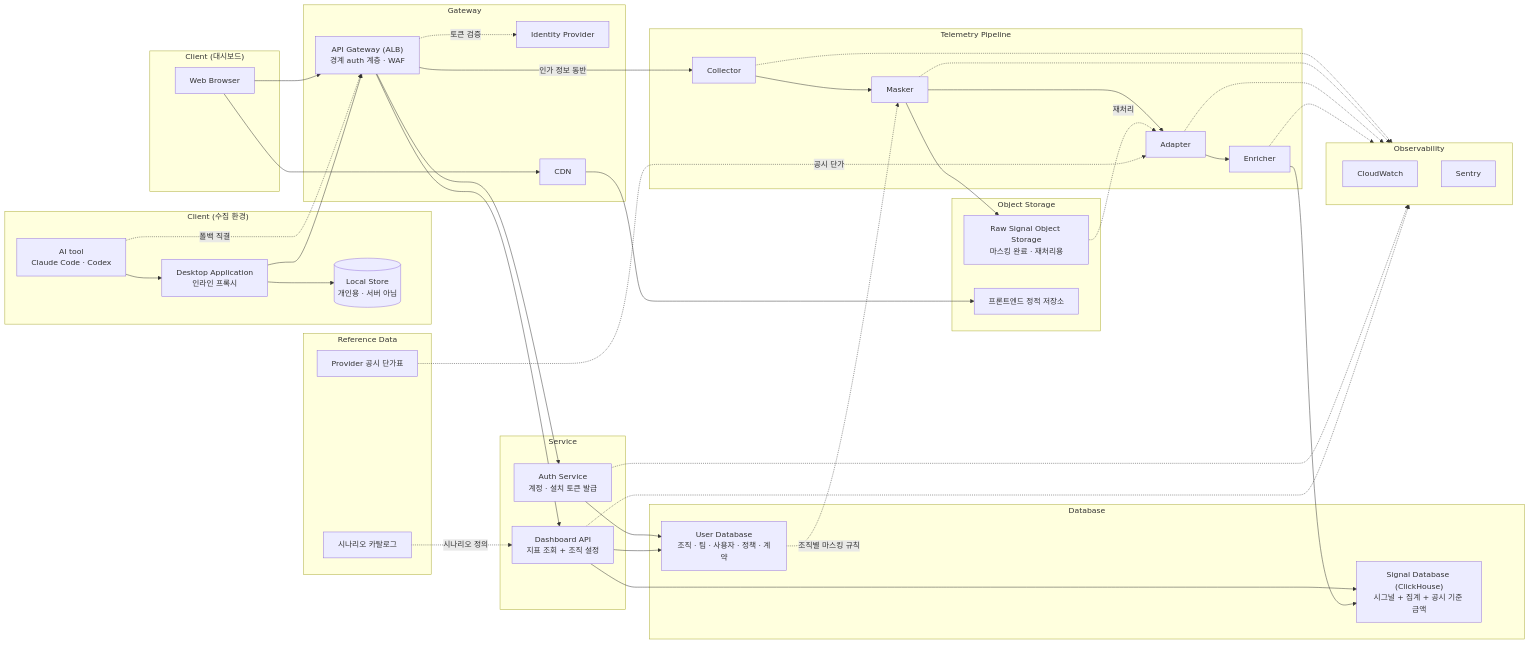
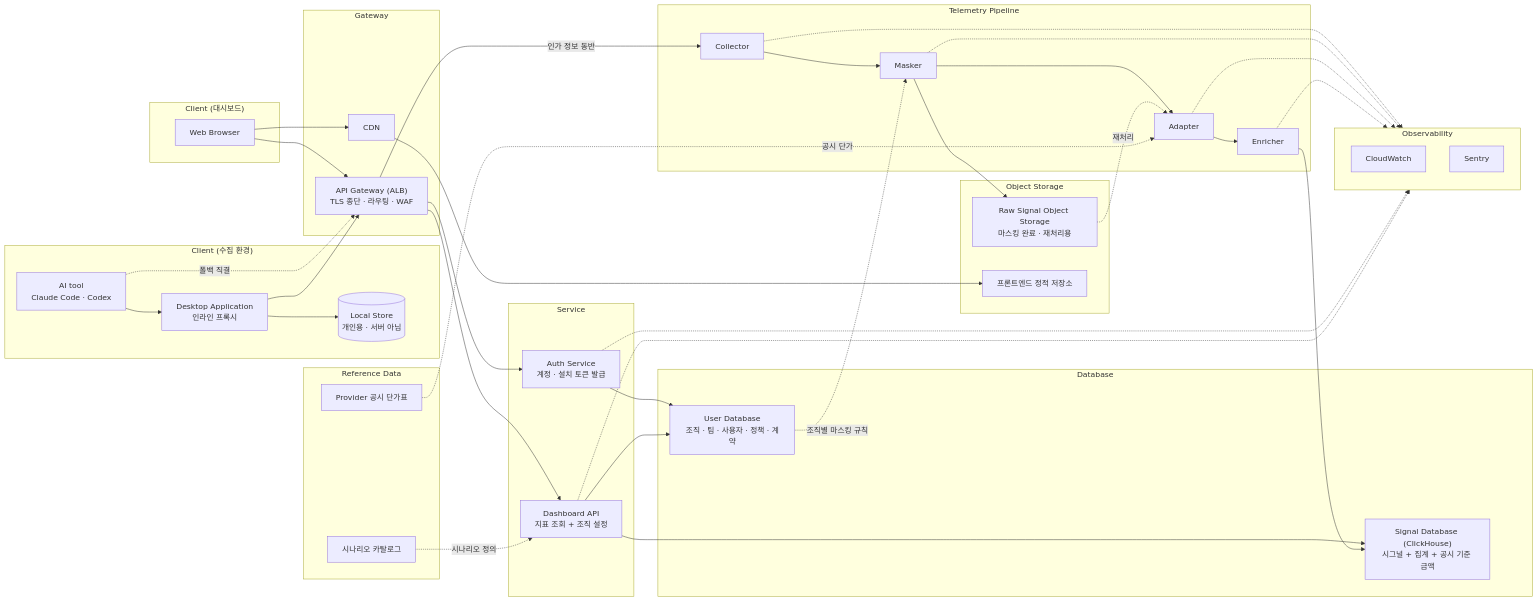
One commit to soma-376/docs changed the diagram in architecture/overview.md. Above: the diagram before and after it, drawn with Mermaid. The commit also changed other lines of this file and 19 other files, not shown here.

````diff
--- a/architecture/overview.md
+++ b/architecture/overview.md
@@ -21,72 +21,70 @@
 ```mermaid
 flowchart LR
   subgraph C1["Client (수집 환경)"]
     AITOOL["AI tool<br>Claude Code · Codex"]
     DESKTOP["Desktop Application<br>인라인 프록시"]
     LOCAL[("Local Store<br>개인용 · 서버 아님")]
   end
   subgraph C2["Client (대시보드)"]
     WEB["Web Browser"]
   end
   subgraph GW["Gateway"]
-    APIGW["API Gateway (ALB)<br>경계 auth 계층 · WAF"]
-    IDP["Identity Provider"]
+    APIGW["API Gateway (ALB)<br>TLS 종단 · 라우팅 · WAF"]
     CDN["CDN"]
   end
   subgraph SVC["Service"]
     AUTH["Auth Service<br>계정 · 설치 토큰 발급"]
     DASH["Dashboard API<br>지표 조회 + 조직 설정"]
   end
   subgraph PIPE["Telemetry Pipeline"]
     COL["Collector"]
     MASK["Masker"]
     ADP["Adapter"]
     ENR["Enricher"]
   end
   subgraph DB["Database"]
     USERDB["User Database<br>조직 · 팀 · 사용자 · 정책 · 계약"]
     SIGDB["Signal Database (ClickHouse)<br>시그널 + 집계 + 공시 기준 금액"]
   end
   subgraph OBJ["Object Storage"]
     RAW["Raw Signal Object Storage<br>마스킹 완료 · 재처리용"]
     STATIC["프론트엔드 정적 저장소"]
   end
   subgraph REF["Reference Data"]
     PRICE["Provider 공시 단가표"]
     SCEN["시나리오 카탈로그"]
   end
   subgraph OBS["Observability"]
     CWL["CloudWatch"]
     SEN["Sentry"]
   end
 
   AITOOL --> DESKTOP
   DESKTOP --> LOCAL
   AITOOL -. "폴백 직결" .-> APIGW
   DESKTOP --> APIGW
   WEB --> APIGW
   WEB --> CDN
   CDN --> STATIC
-  APIGW -. "토큰 검증" .-> IDP
   APIGW --> AUTH
   APIGW --> DASH
   APIGW -- "인가 정보 동반" --> COL
   AUTH --> USERDB
   DASH --> USERDB
   DASH --> SIGDB
   COL --> MASK
   MASK --> ADP
   MASK --> RAW
   ADP --> ENR
   ENR --> SIGDB
   USERDB -. "조직별 마스킹 규칙" .-> MASK
   RAW -. "재처리" .-> ADP
   PRICE -. "공시 단가" .-> ADP
   SCEN -. "시나리오 정의" .-> DASH
   COL -.-> OBS
   MASK -.-> OBS
   ADP -.-> OBS
   ENR -.-> OBS
   AUTH -.-> OBS
   DASH -.-> OBS
 ```
````
